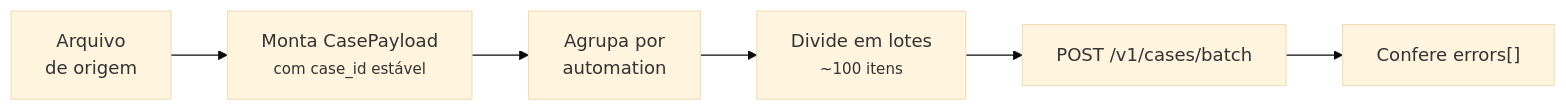
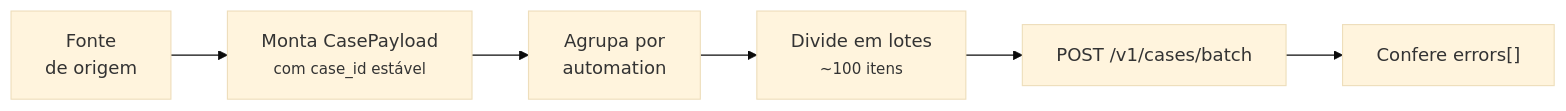
The diagram in docs/tutorial.md (MatheusLPolidoro/docs-casehub), drawn with Mermaid (base theme) before and after one commit. The commit also changed other lines of this file and 28 other files, not shown here.

````diff
--- a/docs/tutorial.md
+++ b/docs/tutorial.md
@@ -12,8 +13,8 @@
 ```mermaid
 flowchart LR
-    F["Arquivo<br/>de origem"] --> P["Monta CasePayload<br/><small>com case_id estável</small>"]
+    F["Fonte<br/>de origem"] --> P["Monta CasePayload<br/><small>com case_id estável</small>"]
     P --> G["Agrupa por<br/>automation"]
     G --> C["Divide em lotes<br/><small>~100 itens</small>"]
     C --> A["POST /v1/cases/batch"]
     A --> V["Confere errors[]"]
 ```
````
